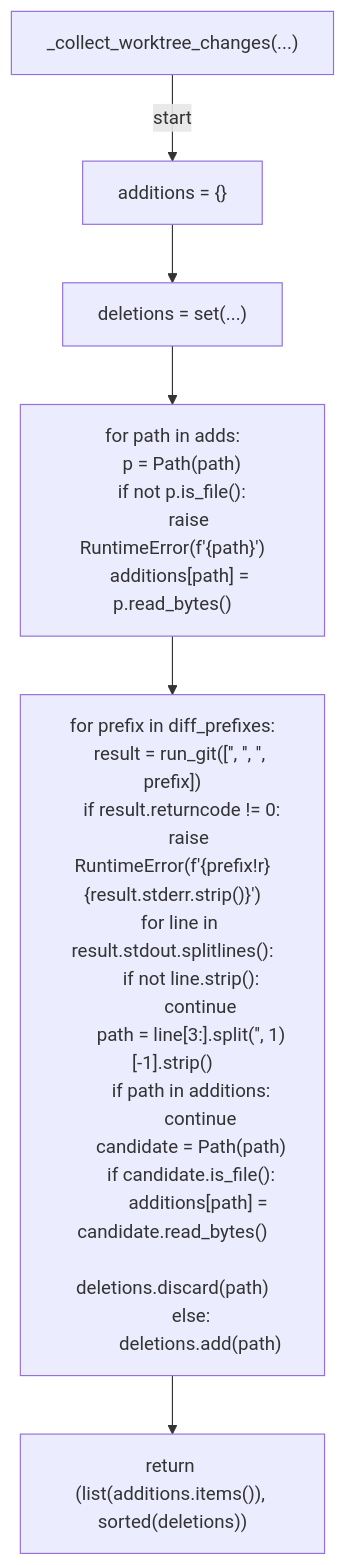
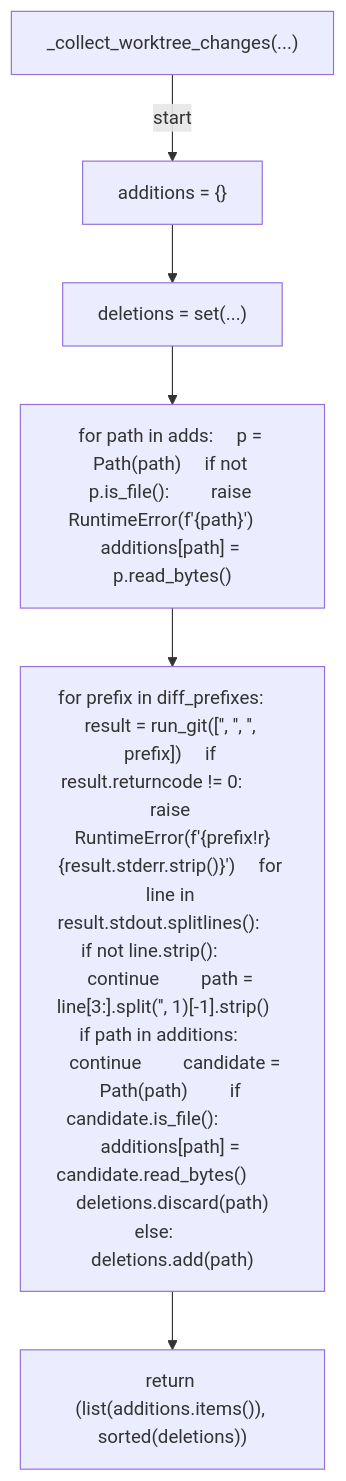
Before and after one commit to tvna/claude-md: diagram 21 of 23 in docs/generated/scripts/ast/pr_upsert.md, drawn with Mermaid. The commit also changed other lines of this file and 29 other files, not shown here.

First line of the commit message:
docs(generated): regenerate decision tree and workflow diagrams (batch 3/5)

````diff
--- a/docs/generated/scripts/ast/pr_upsert.md
+++ b/docs/generated/scripts/ast/pr_upsert.md
@@ -551,33 +531,14 @@
 ```mermaid
 flowchart TD
     N001["_collect_worktree_changes(...)"]
     N002["additions = {}"]
     N003["deletions = set(...)"]
-    N004["for path in adds:
-    p = Path(path)
-    if not p.is_file():
-        raise RuntimeError(f'<str>{path}')
-    additions[path] = p.read_bytes()"]
-    N005["for prefix in diff_prefixes:
-    result = run_git(['<str>', '<str>', '<str>', prefix])
-    if result.returncode != 0:
-        raise RuntimeError(f'<str>{prefix!r}<str>{result.stderr.strip()}')
-    for line in result.stdout.splitlines():
-        if not line.strip():
-            continue
-        path = line[3:].split('<str>', 1)[-1].strip()
-        if path in additions:
-            continue
-        candidate = Path(path)
-        if candidate.is_file():
-            additions[path] = candidate.read_bytes()
-            deletions.discard(path)
-        else:
-            deletions.add(path)"]
+    N004["for path in adds:     p = Path(path)     if not p.is_file():         raise RuntimeError(f'<str>{path}')     additions[path] = p.read_bytes()"]
+    N005["for prefix in diff_prefixes:     result = run_git(['<str>', '<str>', '<str>', prefix])     if result.returncode != 0:         raise RuntimeError(f'<str>{prefix!r}<str>{result.stderr.strip()}')     for line in result.stdout.splitlines():         if not line.strip():             continue         path = line[3:].split('<str>', 1)[-1].strip()         if path in additions:             continue         candidate = Path(path)         if candidate.is_file():             additions[path] = candidate.read_bytes()             deletions.discard(path)         else:             deletions.add(path)"]
     N006["return (list(additions.items()), sorted(deletions))"]
     N001 -->|"start"| N002
     N002 --> N003
     N003 --> N004
     N004 --> N005
     N005 --> N006
 ```
````
